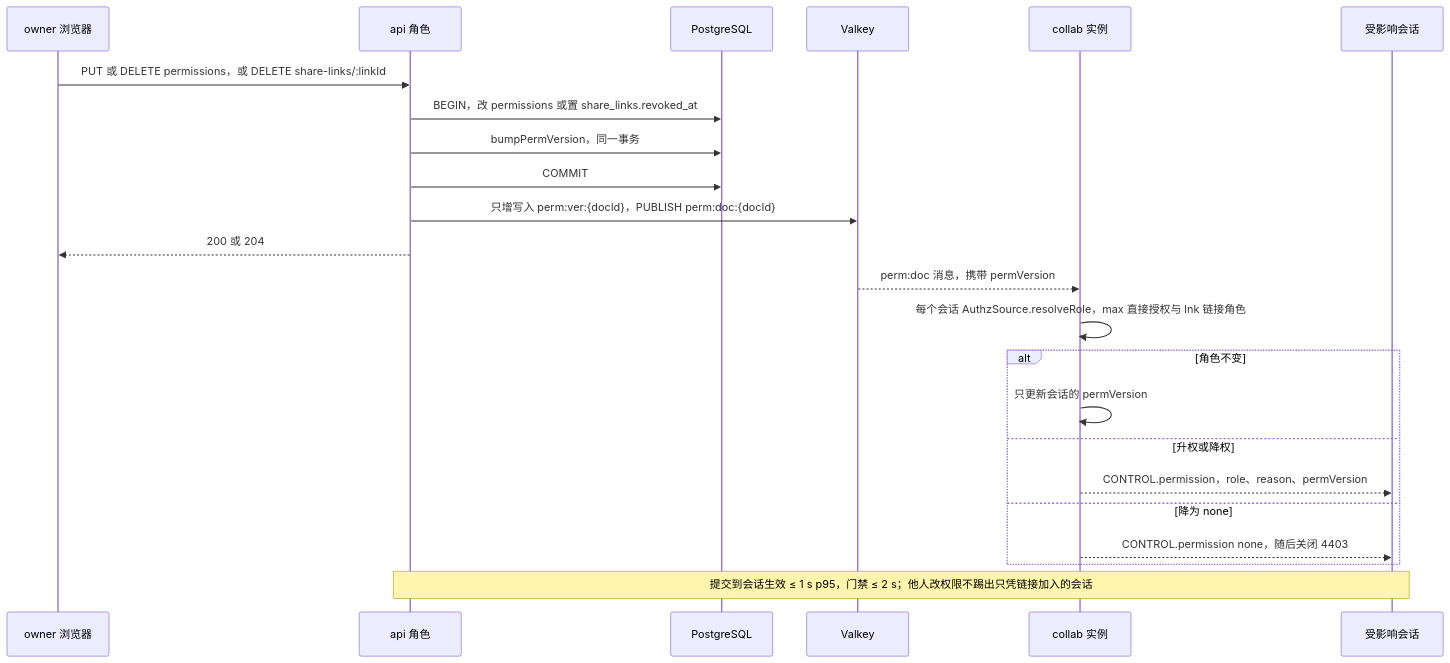
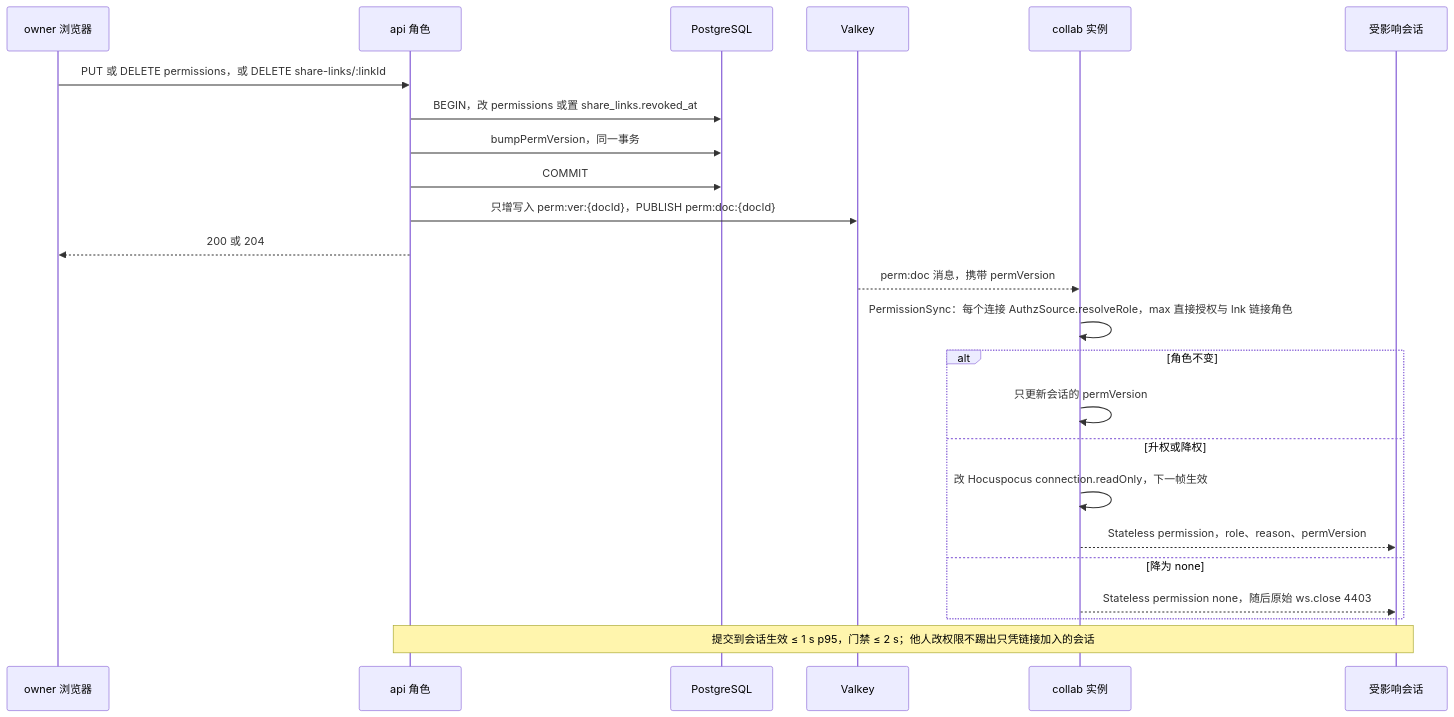
One commit to Xeonice/cordis-ppt-editor changed the seventh of 7 diagrams in docs/60-backend/02-auth-chain.md. Above: the diagram before and after it, drawn with Mermaid. The commit also changed other lines of this file and 19 other files, not shown here.

````diff
--- a/docs/60-backend/02-auth-chain.md
+++ b/docs/60-backend/02-auth-chain.md
@@ -546,25 +567,26 @@
 ```mermaid
 sequenceDiagram
   participant owner as owner 浏览器
   participant api as api 角色
   participant pg as PostgreSQL
   participant vk as Valkey
   participant co as collab 实例
   participant cl as 受影响会话
   owner->>api: PUT 或 DELETE permissions，或 DELETE share-links/:linkId
   api->>pg: BEGIN，改 permissions 或置 share_links.revoked_at
   api->>pg: bumpPermVersion，同一事务
   api->>pg: COMMIT
   api->>vk: 只增写入 perm:ver:{docId}，PUBLISH perm:doc:{docId}
   api-->>owner: 200 或 204
   vk-->>co: perm:doc 消息，携带 permVersion
-  co->>co: 每个会话 AuthzSource.resolveRole，max 直接授权与 lnk 链接角色
+  co->>co: PermissionSync：每个连接 AuthzSource.resolveRole，max 直接授权与 lnk 链接角色
   alt 角色不变
     co->>co: 只更新会话的 permVersion
   else 升权或降权
-    co-->>cl: CONTROL.permission，role、reason、permVersion
+    co->>co: 改 Hocuspocus connection.readOnly，下一帧生效
+    co-->>cl: Stateless permission，role、reason、permVersion
   else 降为 none
-    co-->>cl: CONTROL.permission none，随后关闭 4403
+    co-->>cl: Stateless permission none，随后原始 ws.close 4403
   end
   Note over api,cl: 提交到会话生效 ≤ 1 s p95，门禁 ≤ 2 s；他人改权限不踢出只凭链接加入的会话
 ```
````
